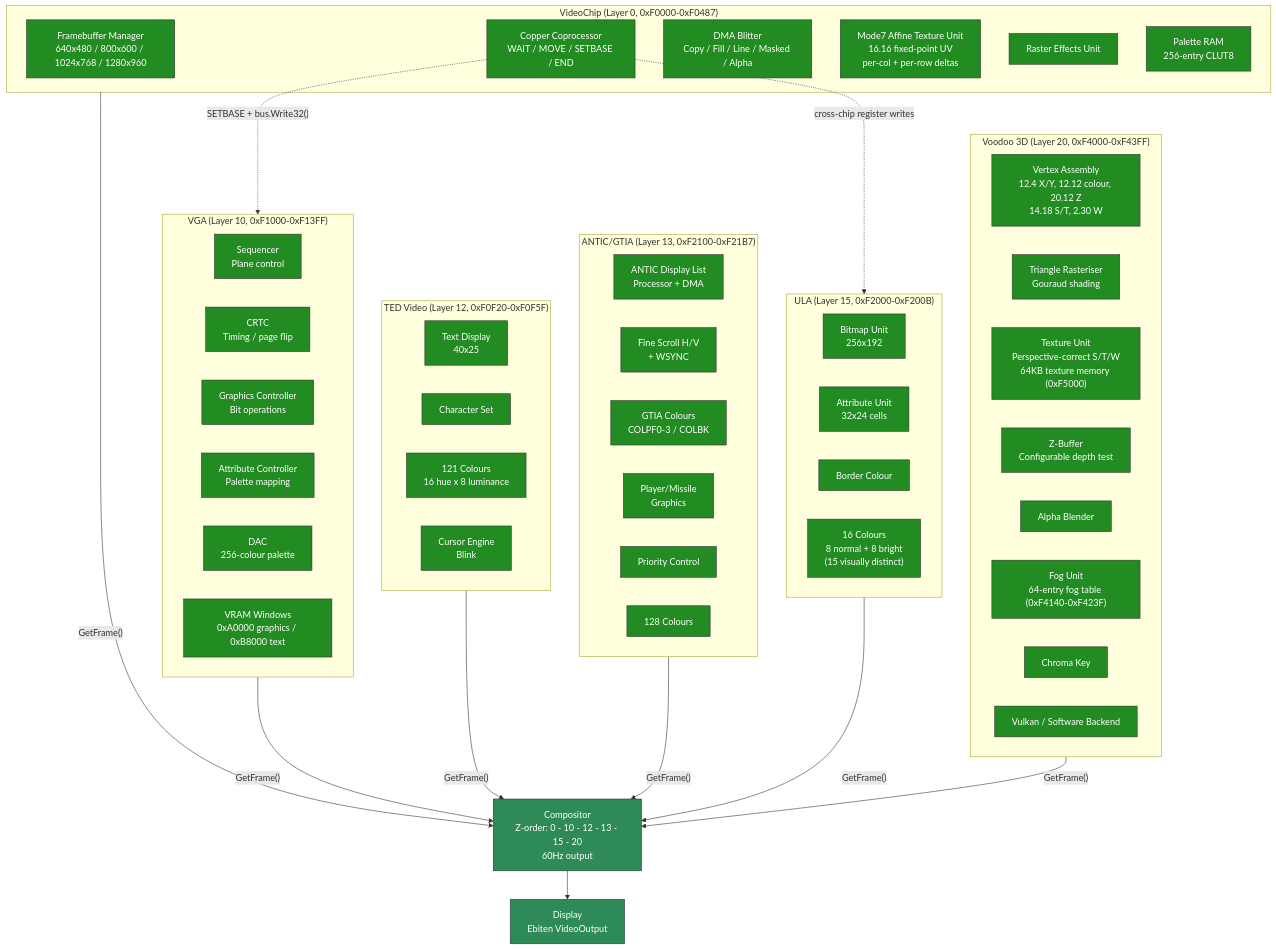
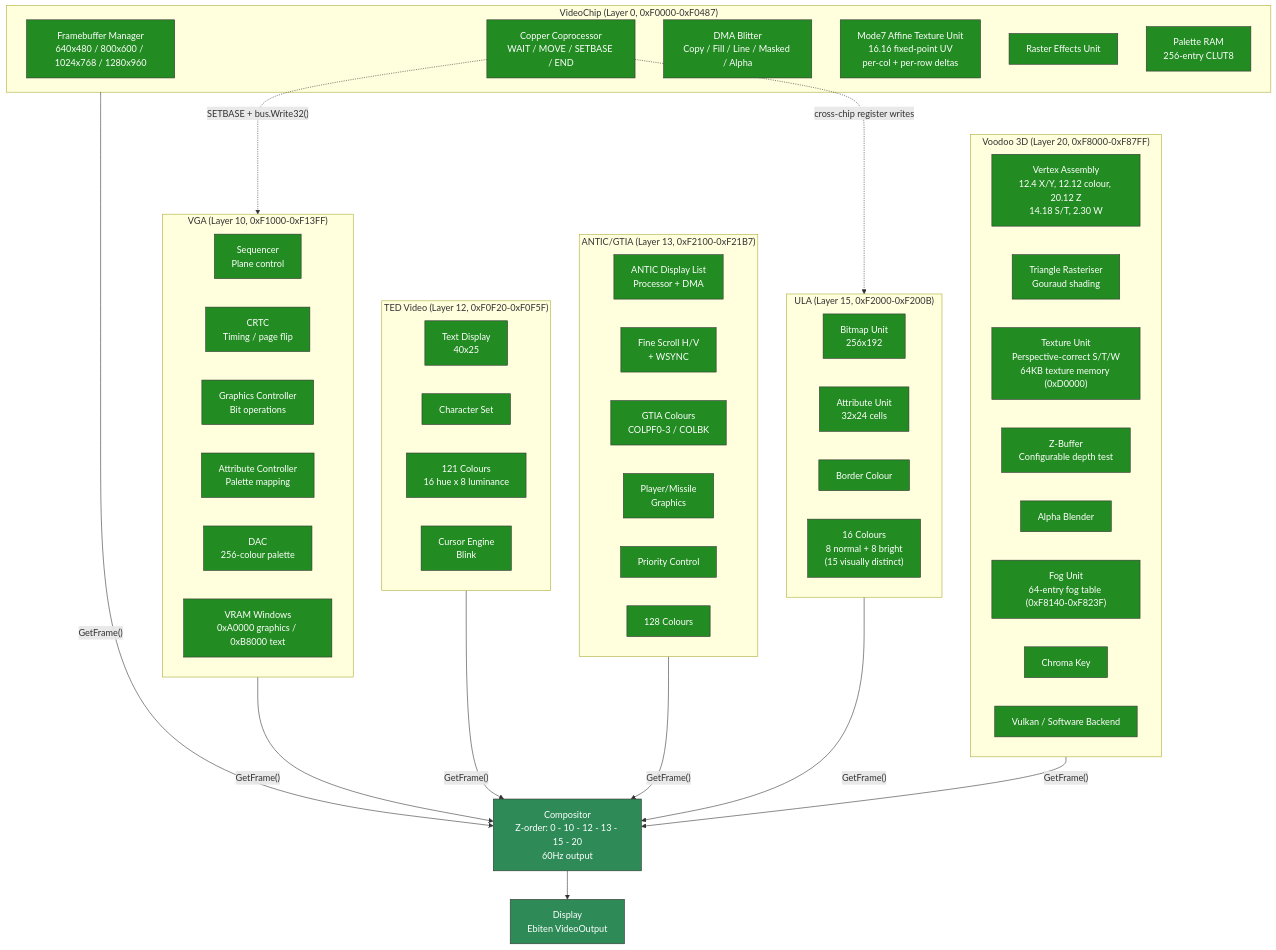
Before and after one commit to IntuitionAmiga/IntuitionEngine: the third of 9 diagrams in sdk/docs/architecture.md, drawn with Mermaid. The commit also changed other lines of this file and 52 other files, not shown here.

````diff
--- a/sdk/docs/architecture.md
+++ b/sdk/docs/architecture.md
@@ -328,78 +328,78 @@
 ```mermaid
 graph TB
     subgraph VCS["VideoChip (Layer 0, 0xF0000-0xF0487)"]
         VC_FB["Framebuffer Manager<br/>640x480 / 800x600 / 1024x768 / 1280x960"]
         VC_COP["Copper Coprocessor<br/>WAIT / MOVE / SETBASE / END"]
         VC_BLT["DMA Blitter<br/>Copy / Fill / Line / Masked / Alpha"]
         VC_M7["Mode7 Affine Texture Unit<br/>16.16 fixed-point UV<br/>per-col + per-row deltas"]
         VC_RST["Raster Effects Unit"]
         VC_PAL["Palette RAM<br/>256-entry CLUT8"]
     end
 
     subgraph VGAS["VGA (Layer 10, 0xF1000-0xF13FF)"]
         VGA_SEQ["Sequencer<br/>Plane control"]
         VGA_CRTC["CRTC<br/>Timing / page flip"]
         VGA_GC["Graphics Controller<br/>Bit operations"]
         VGA_AC["Attribute Controller<br/>Palette mapping"]
         VGA_DAC["DAC<br/>256-colour palette"]
         VGA_VRAM["VRAM Windows<br/>0xA0000 graphics / 0xB8000 text"]
     end
 
     subgraph TEDS["TED Video (Layer 12, 0xF0F20-0xF0F5F)"]
         TED_TXT["Text Display<br/>40x25"]
         TED_CHR["Character Set"]
         TED_COL["121 Colours<br/>16 hue x 8 luminance"]
         TED_CUR["Cursor Engine<br/>Blink"]
     end
 
     subgraph ANTICS["ANTIC/GTIA (Layer 13, 0xF2100-0xF21B7)"]
         ANT_DLP["ANTIC Display List<br/>Processor + DMA"]
         ANT_SCR["Fine Scroll H/V<br/>+ WSYNC"]
         GTIA_C["GTIA Colours<br/>COLPF0-3 / COLBK"]
         GTIA_PM["Player/Missile<br/>Graphics"]
         GTIA_PR["Priority Control"]
         ANT_COL["128 Colours"]
     end
 
     subgraph ULAS["ULA (Layer 15, 0xF2000-0xF200B)"]
         ULA_BMP["Bitmap Unit<br/>256x192"]
         ULA_ATR["Attribute Unit<br/>32x24 cells"]
         ULA_BDR["Border Colour"]
         ULA_COL["16 Colours<br/>8 normal + 8 bright<br/>(15 visually distinct)"]
     end
 
-    subgraph VOOS["Voodoo 3D (Layer 20, 0xF4000-0xF43FF)"]
+    subgraph VOOS["Voodoo 3D (Layer 20, 0xF8000-0xF87FF)"]
         VOO_VTX["Vertex Assembly<br/>12.4 X/Y, 12.12 colour, 20.12 Z<br/>14.18 S/T, 2.30 W"]
         VOO_TRI["Triangle Rasteriser<br/>Gouraud shading"]
-        VOO_TEX["Texture Unit<br/>Perspective-correct S/T/W<br/>64KB texture memory (0xF5000)"]
+        VOO_TEX["Texture Unit<br/>Perspective-correct S/T/W<br/>64KB texture memory (0xD0000)"]
         VOO_ZB["Z-Buffer<br/>Configurable depth test"]
         VOO_AB["Alpha Blender"]
-        VOO_FOG["Fog Unit<br/>64-entry fog table (0xF4140-0xF423F)"]
+        VOO_FOG["Fog Unit<br/>64-entry fog table (0xF8140-0xF823F)"]
         VOO_CK["Chroma Key"]
         VOO_BE["Vulkan / Software Backend"]
     end
 
     COMPS["Compositor<br/>Z-order: 0 - 10 - 12 - 13 - 15 - 20<br/>60Hz output"]
     DISPLAY["Display<br/>Ebiten VideoOutput"]
 
     VCS -->|"GetFrame()"| COMPS
     VGAS -->|"GetFrame()"| COMPS
     TEDS -->|"GetFrame()"| COMPS
     ANTICS -->|"GetFrame()"| COMPS
     ULAS -->|"GetFrame()"| COMPS
     VOOS -->|"GetFrame()"| COMPS
     COMPS --> DISPLAY
 
     VC_COP -.->|"SETBASE + bus.Write32()"| VGAS
     VC_COP -.->|"cross-chip register writes"| ULAS
 
     classDef video fill:#228B22,stroke:#333,color:#fff
     classDef comp fill:#2E8B57,stroke:#333,color:#fff
     class VC_FB,VC_COP,VC_BLT,VC_M7,VC_RST,VC_PAL video
     class VGA_SEQ,VGA_CRTC,VGA_GC,VGA_AC,VGA_DAC,VGA_VRAM video
     class TED_TXT,TED_CHR,TED_COL,TED_CUR video
     class ANT_DLP,ANT_SCR,GTIA_C,GTIA_PM,GTIA_PR,ANT_COL video
     class ULA_BMP,ULA_ATR,ULA_BDR,ULA_COL video
     class VOO_VTX,VOO_TRI,VOO_TEX,VOO_ZB,VOO_AB,VOO_FOG,VOO_CK,VOO_BE video
     class COMPS,DISPLAY comp
 ```
````
